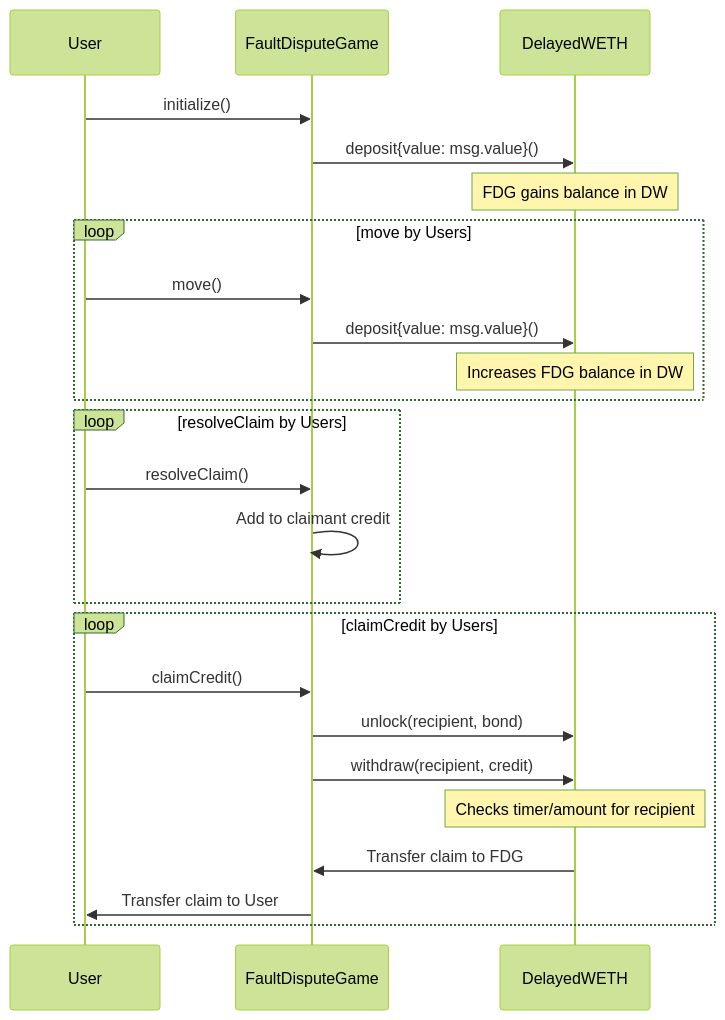
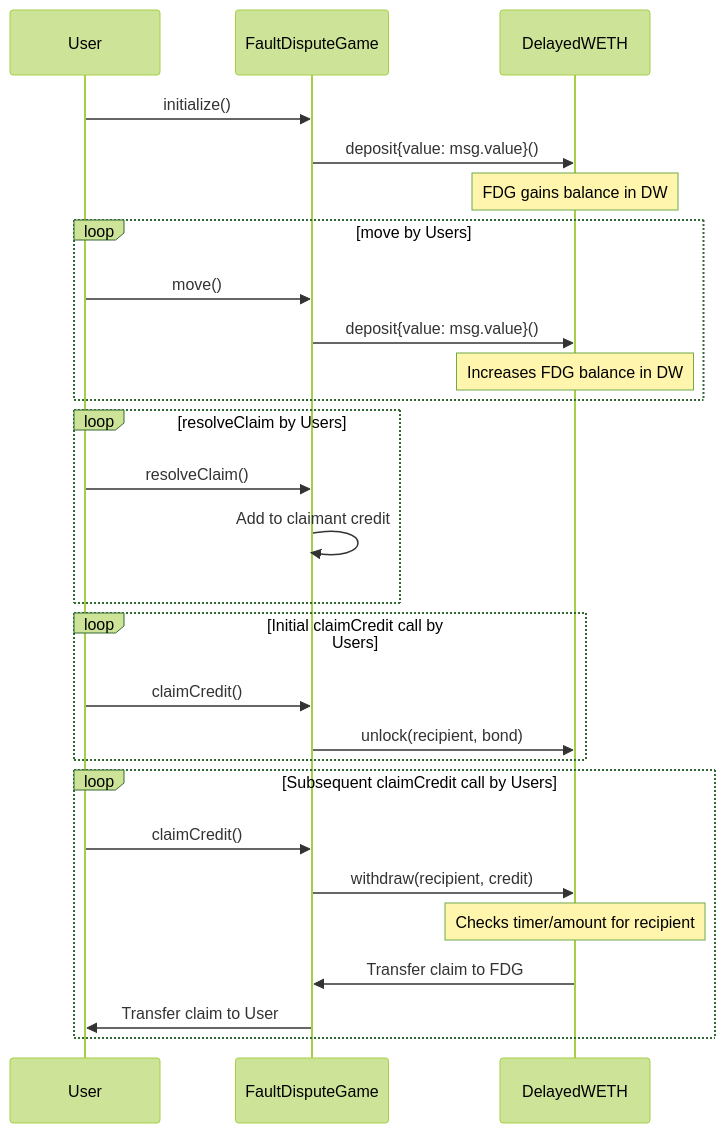
The diagram in specs/fault-proof/stage-one/bond-incentives.md (ethereum-optimism/specs), drawn with Mermaid (forest theme) before and after one commit. The commit also changed other lines of this file, not shown here.

````diff
--- a/specs/fault-proof/stage-one/bond-incentives.md
+++ b/specs/fault-proof/stage-one/bond-incentives.md
@@ -218,30 +231,34 @@
 ```mermaid
 sequenceDiagram
     participant U as User
     participant FDG as FaultDisputeGame
     participant DW as DelayedWETH
 
     U->>FDG: initialize()
     FDG->>DW: deposit{value: msg.value}()
     Note over DW: FDG gains balance in DW
 
     loop move by Users
         U->>FDG: move()
         FDG->>DW: deposit{value: msg.value}()
         Note over DW: Increases FDG balance in DW
     end
 
     loop resolveClaim by Users
         U->>FDG: resolveClaim()
         FDG->>FDG: Add to claimant credit
     end
 
-    loop claimCredit by Users
+  loop Initial claimCredit call by Users
         U->>FDG: claimCredit()
         FDG->>DW: unlock(recipient, bond)
+    end
+
+    loop Subsequent claimCredit call by Users
+        U->>FDG: claimCredit()
         FDG->>DW: withdraw(recipient, credit)
         Note over DW: Checks timer/amount for recipient
         DW->>FDG: Transfer claim to FDG
         FDG->>U: Transfer claim to User
     end
 ```
````
